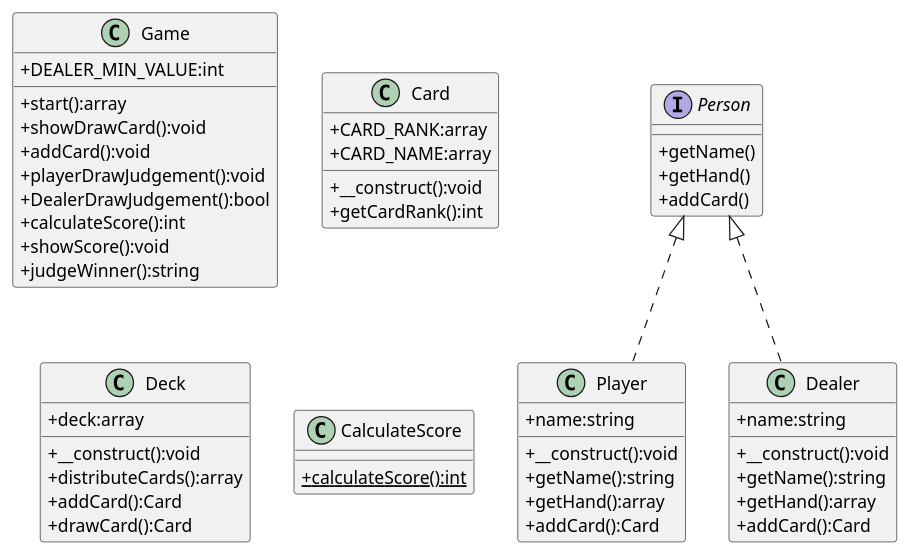
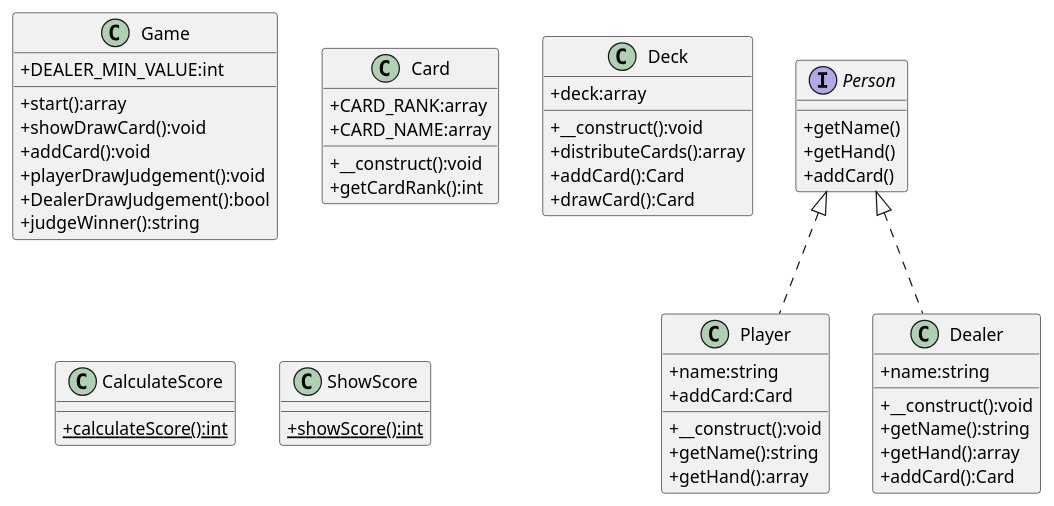
One commit to tneofull/BlackJack changed the diagram in class.pu. Above: the diagram before and after it, drawn with PlantUML. The commit also changed 2 other files, not shown here.

```diff
--- a/class.pu
+++ b/class.pu
@@ -1,63 +1,65 @@
 @startuml
 skinparam classAttributeIconSize 0
 
 class Game {
   +DEALER_MIN_VALUE:int
   +start():array
   +showDrawCard():void
   +addCard():void
   +playerDrawJudgement():void
   +DealerDrawJudgement():bool
-  +calculateScore():int
-  +showScore():void
   +judgeWinner():string
 }
 
 interface Person {
   +getName()
   +getHand()
   +addCard()
 }
 
 class Player implements Person {
   +name:string
   +__construct():void
   +getName():string
   +getHand():array
-  +addCard():Card
+  +addCard:Card
 }
 
 class Dealer implements Person {
   +name:string
   +__construct():void
   +getName():string
   +getHand():array
   +addCard():Card
 }
 
 class Card {
   +CARD_RANK:array
   +CARD_NAME:array
   ' -suit:string
   ' -num:string
   +__construct():void
   +getCardRank():int
   ' +getSuit():string
   ' +getNum():mixed
   ' +getCardName():string
 }
 
 class Deck {
   +deck:array
   +__construct():void
   +distributeCards():array
   +addCard():Card
   +drawCard():Card
 }
 
 class CalculateScore {
   {static}+calculateScore():int
 }
 
+class ShowScore {
+  {static}+showScore():int
+}
+
 
 @enduml
```
